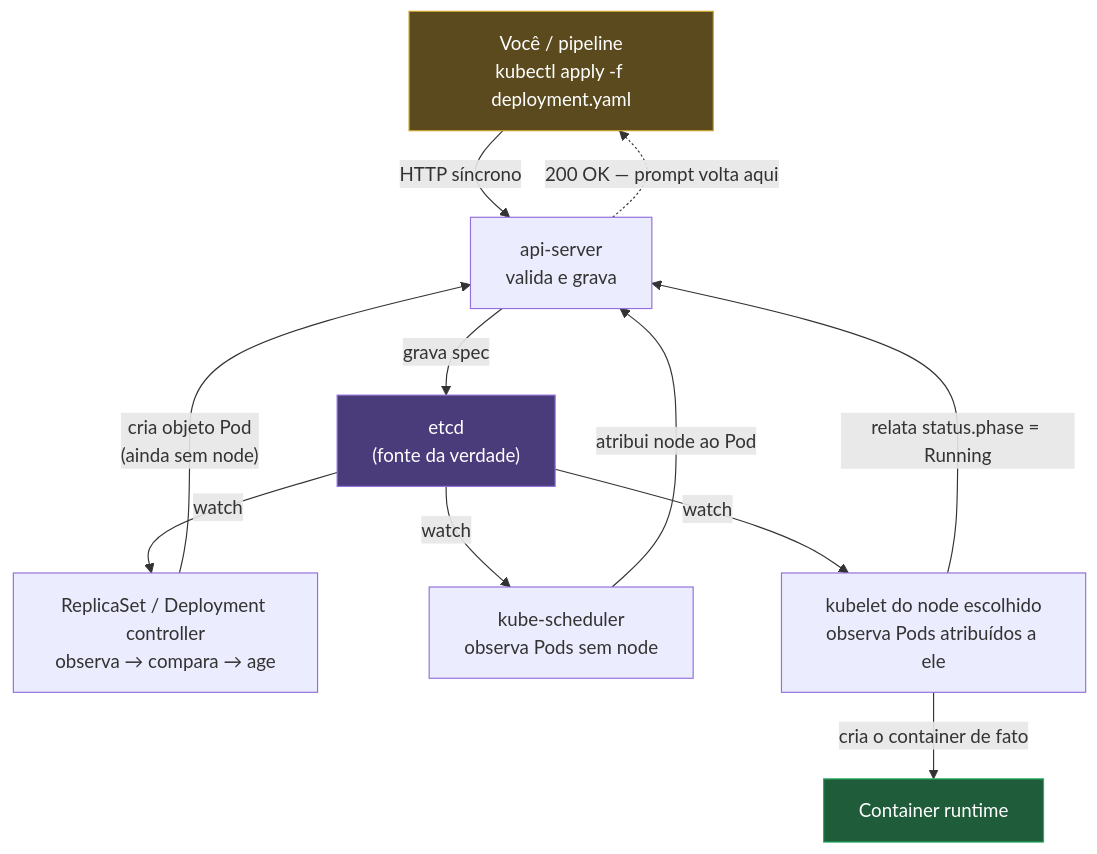
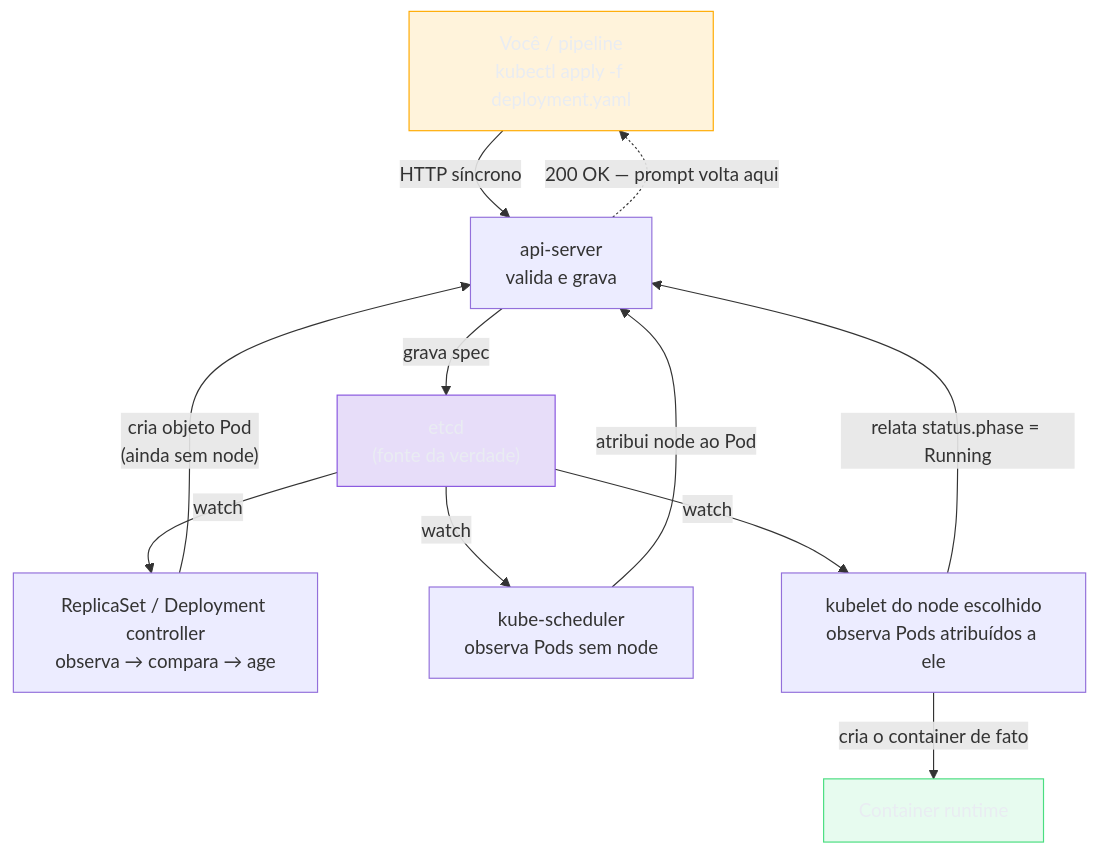
Before and after one commit to josenaldo/codex-technomanticus: the fifth of 5 diagrams in 03-Dominios/Tecnologia/Infraestrutura/Kubernetes/02 - O loop de reconciliação.md, drawn with Mermaid. The commit also changed other lines of this file and 1181 other files, not shown here.

First line of the commit message:
fix(diagramas): paleta do sistema no lugar de cor cravada no markdown

````diff
--- a/03-Dominios/Tecnologia/Infraestrutura/Kubernetes/02 - O loop de reconciliação.md
+++ b/03-Dominios/Tecnologia/Infraestrutura/Kubernetes/02 - O loop de reconciliação.md
@@ -357,20 +359,23 @@
 ```mermaid
 graph TB
+    classDef destaque fill:#FFAA0024,stroke:#FFAA00,color:#E9ECF2
+    classDef marca fill:#8855DF33,stroke:#8855DF,color:#E9ECF2
+    classDef ok fill:#4ADE8021,stroke:#4ADE80,color:#E9ECF2
     U["Você / pipeline<br/>kubectl apply -f deployment.yaml"] -->|"HTTP síncrono"| AS["api-server<br/>valida e grava"]
     AS -->|"grava spec"| ETCD["etcd<br/>(fonte da verdade)"]
     AS -.->|"200 OK — prompt volta aqui"| U
 
     ETCD -->|"watch"| CTRL["ReplicaSet / Deployment controller<br/>observa → compara → age"]
     CTRL -->|"cria objeto Pod<br/>(ainda sem node)"| AS
 
     ETCD -->|"watch"| SCHED["kube-scheduler<br/>observa Pods sem node"]
     SCHED -->|"atribui node ao Pod"| AS
 
     ETCD -->|"watch"| KUBELET["kubelet do node escolhido<br/>observa Pods atribuídos a ele"]
     KUBELET -->|"cria o container de fato"| RT["Container runtime"]
     KUBELET -->|"relata status.phase = Running"| AS
 
-    style U fill:#5a4a1e,stroke:#c9a227,color:#fff
-    style ETCD fill:#4a3b7a,stroke:#8e6fd6,color:#fff
-    style RT fill:#1e5c3a,stroke:#27ae60,color:#fff
+    class U destaque
+    class ETCD marca
+    class RT ok
 ```
````
